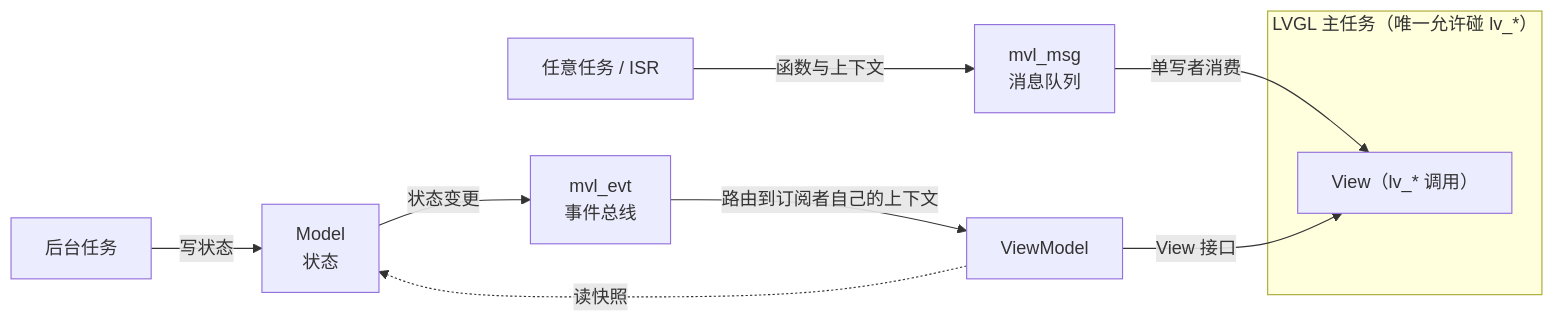
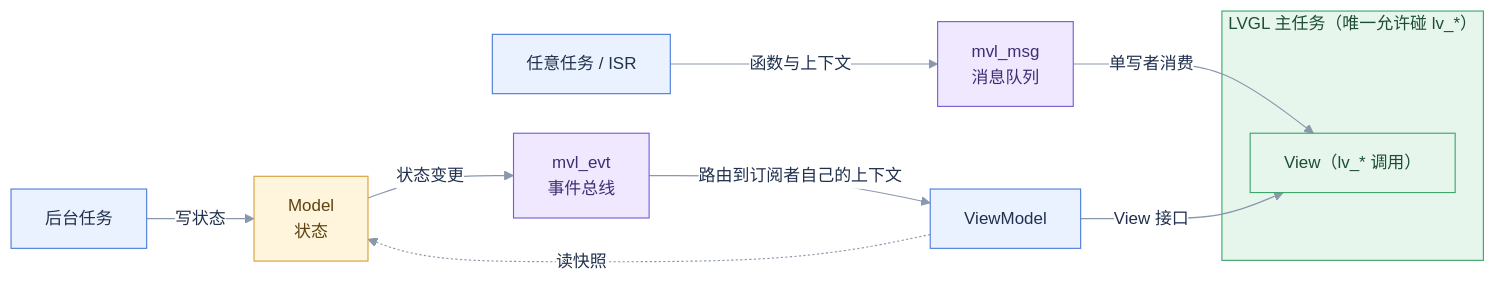
Before and after one commit to smallerxuan/mvl: the diagram in docs/assets/mvl_overview_cn.mmd, drawn with Mermaid. The commit also changed 16 other files, not shown here.

First line of the commit message:
docs: 全文档图统一为本地渲染 PNG 并套用新主题

```diff
--- a/docs/assets/mvl_overview_cn.mmd
+++ b/docs/assets/mvl_overview_cn.mmd
@@ -1,12 +1,21 @@
+%%{init: {"theme":"base","flowchart":{"curve":"basis","nodeSpacing":35,"rankSpacing":50},"themeVariables":{"fontSize":"15px","primaryColor":"#EAF2FF","primaryBorderColor":"#4C7DD9","primaryTextColor":"#20304D","lineColor":"#8A97AD","clusterBkg":"#F5F8FF","clusterBorder":"#C9DBF7","edgeLabelBackground":"#FFFFFF"}}}%%
 flowchart LR
     subgraph L["LVGL 主任务（唯一允许碰 lv_*）"]
         V["View（lv_* 调用）"]
     end
 
     T["任意任务 / ISR"] -->|"函数与上下文"| MSG["mvl_msg<br>消息队列"]
     MSG -->|"单写者消费"| V
     B["后台任务"] -->|"写状态"| M["Model<br>状态"]
     M -->|"状态变更"| EVT["mvl_evt<br>事件总线"]
     EVT -->|"路由到订阅者自己的上下文"| VM["ViewModel"]
     VM -.->|"读快照"| M
     VM -->|"View 接口"| V
+
+    classDef lvgl fill:#E6F6EC,stroke:#3FA66A,color:#1D4D33;
+    classDef store fill:#FFF4DC,stroke:#D9A13B,color:#5C4310;
+    classDef bus fill:#EFE8FF,stroke:#7A5CD6,color:#3D2E73;
+    classDef danger fill:#FDE8E8,stroke:#D64545,color:#7A1F1F;
+    class L,V lvgl;
+    class MSG,EVT bus;
+    class M store;
```
